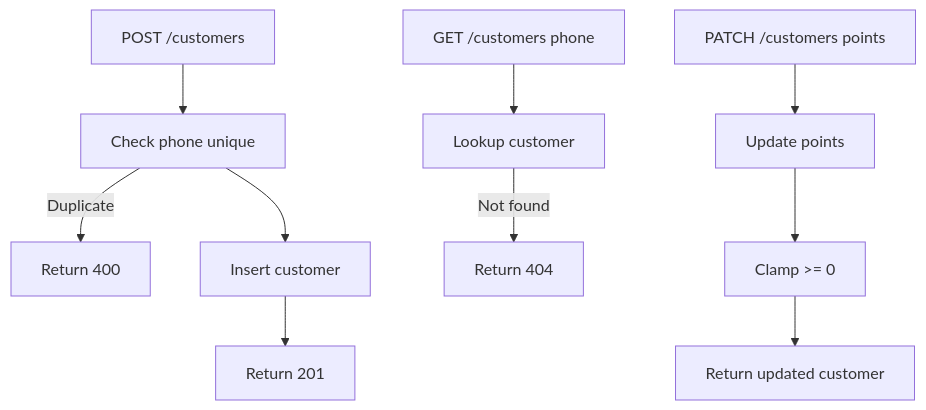
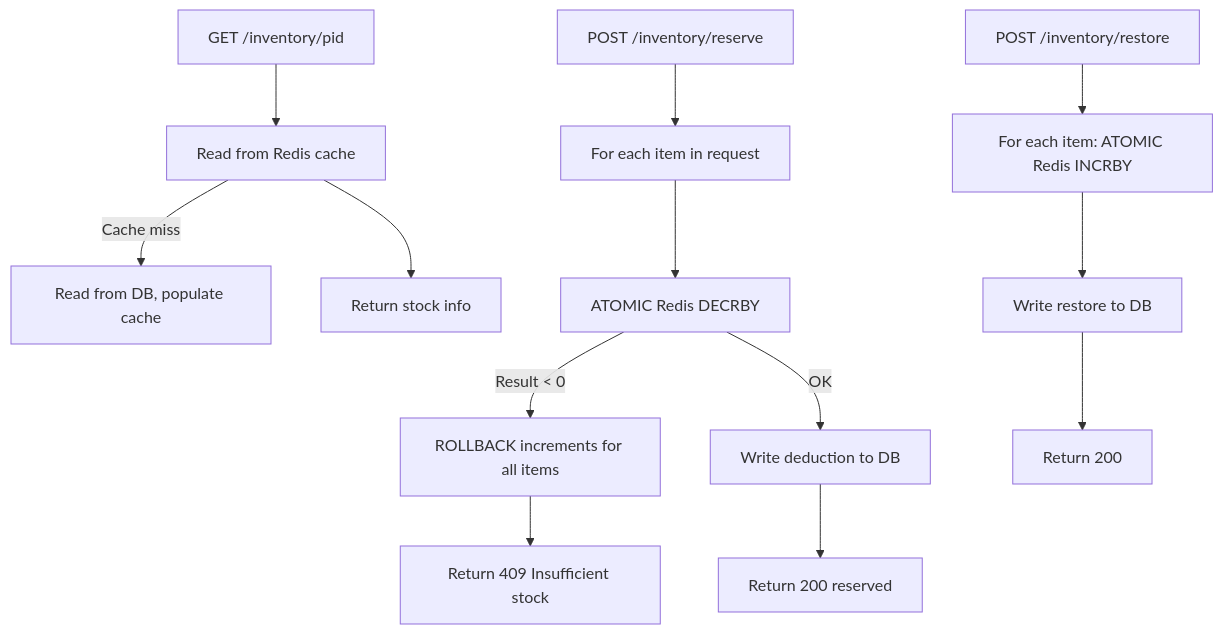
The fifth of 7 diagrams in docs/analysis-and-design.md (quyptit427/microservices-assignment-starter), drawn with Mermaid before and after one commit. The commit also changed other lines of this file, not shown here.

````diff
--- a/docs/analysis-and-design.md
+++ b/docs/analysis-and-design.md
@@ -416,14 +538,17 @@
 ```mermaid
 flowchart TD
-    A[POST /customers] --> B[Check phone unique]
-    B -->|Duplicate| C[Return 400]
-    B --> D[Insert customer]
-    D --> E[Return 201]
+    A[GET /inventory/pid] --> B[Read from Redis cache]
+    B -->|Cache miss| C[Read from DB, populate cache]
+    B --> D[Return stock info]
 
-    F[GET /customers phone] --> G[Lookup customer]
-    G -->|Not found| H[Return 404]
+    E[POST /inventory/reserve] --> F[For each item in request]
+    F --> G[ATOMIC Redis DECRBY]
+    G -->|Result < 0| H[ROLLBACK increments for all items]
+    H --> I[Return 409 Insufficient stock]
+    G -->|OK| J[Write deduction to DB]
+    J --> K[Return 200 reserved]
 
-    I[PATCH /customers points] --> J[Update points]
-    J --> K[Clamp >= 0]
-    K --> L[Return updated customer]
+    L[POST /inventory/restore] --> M[For each item: ATOMIC Redis INCRBY]
+    M --> N[Write restore to DB]
+    N --> O[Return 200]
 ```
````
